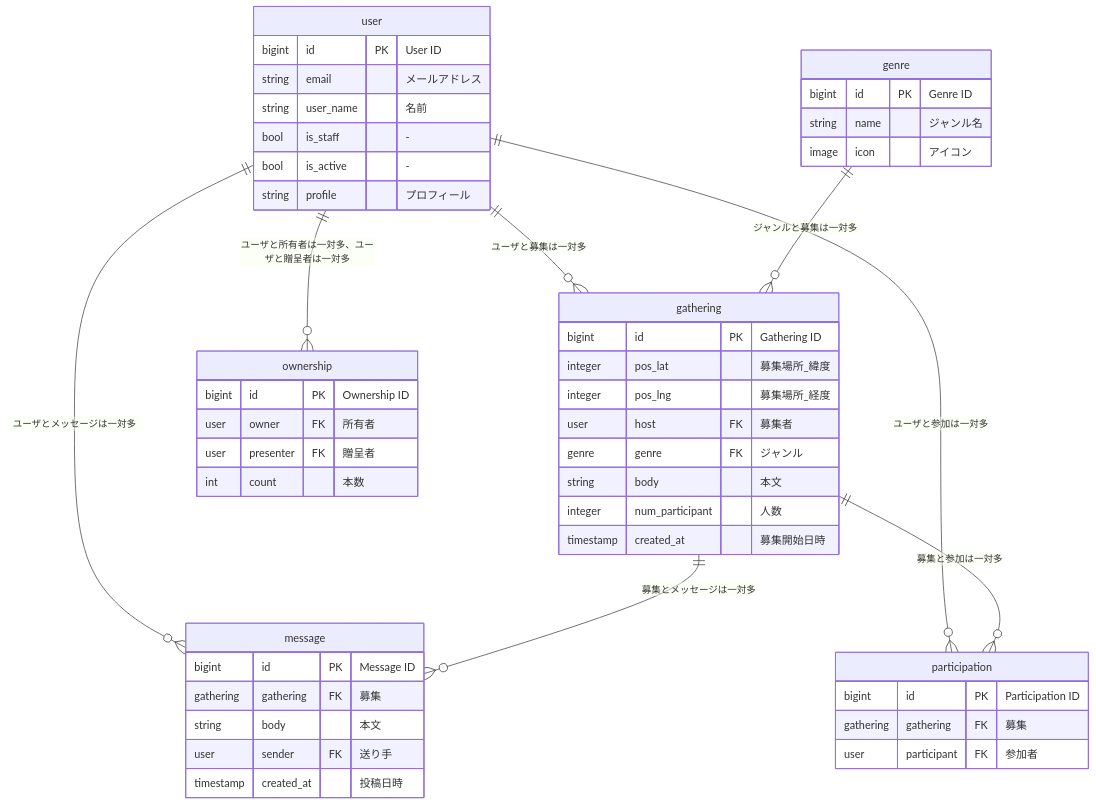
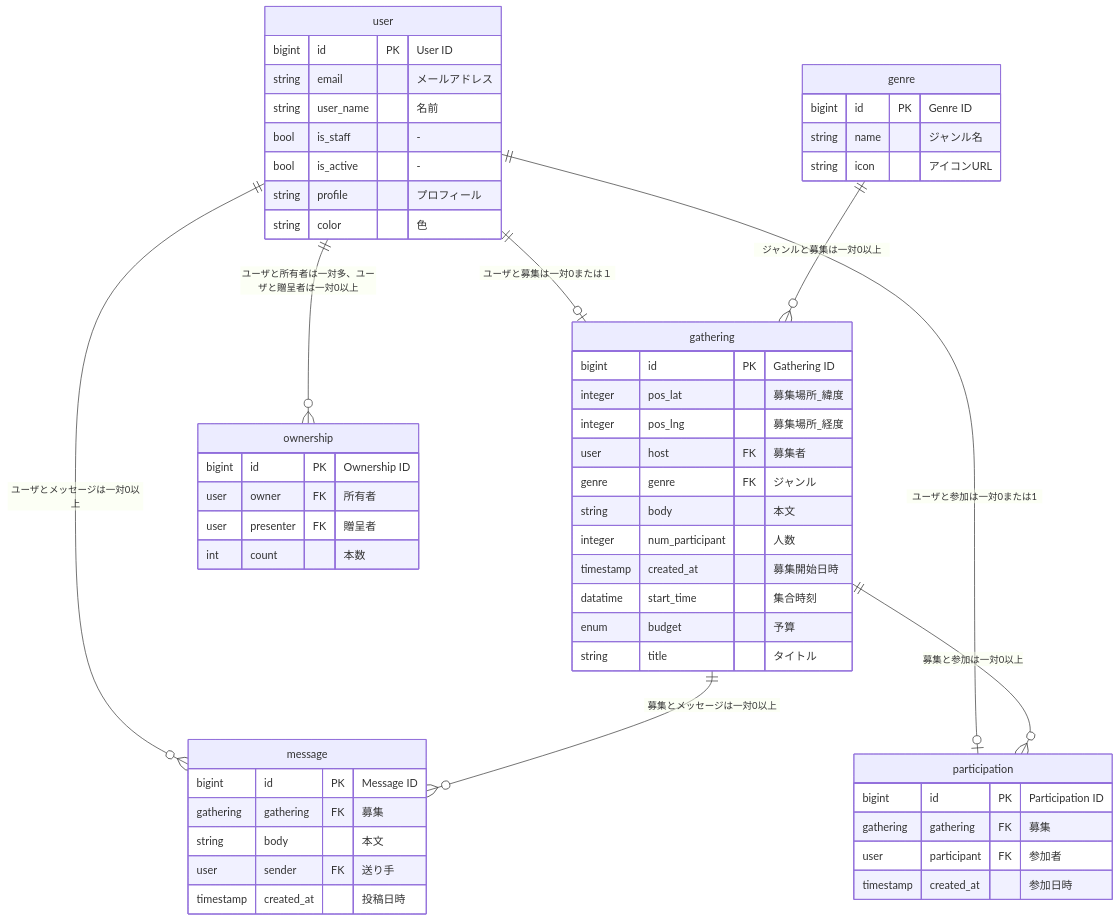
Before and after one commit to team-yurubo/yuruboo: the diagram in README.md, drawn with Mermaid.

Commit message:
Change ER diagram

````diff
--- a/README.md
+++ b/README.md
@@ -5,57 +5,62 @@
 ```mermaid
 erDiagram
-  user ||--o{ gathering : "ユーザと募集は一対多"
-  user ||--o{ message : "ユーザとメッセージは一対多"
-  user ||--o{ participation : "ユーザと参加は一対多"
-  user ||--o{ ownership : "ユーザと所有者は一対多、ユーザと贈呈者は一対多"
-  genre ||--o{ gathering : "ジャンルと募集は一対多"
-  gathering ||--o{ message : "募集とメッセージは一対多"
-  gathering ||--o{ participation : "募集と参加は一対多"
+  user ||--o| gathering : "ユーザと募集は一対0または１"
+  user ||--o{ message : "ユーザとメッセージは一対0以上"
+  user ||--o| participation : "ユーザと参加は一対0または1"
+  user ||--o{ ownership : "ユーザと所有者は一対多、ユーザと贈呈者は一対0以上"
+  genre ||--o{ gathering : "ジャンルと募集は一対0以上"
+  gathering ||--o{ message : "募集とメッセージは一対0以上"
+  gathering ||--o{ participation : "募集と参加は一対0以上"
   
   user {
     bigint id PK "User ID"
     string email "メールアドレス"
     string user_name "名前"
     bool is_staff "-"
     bool is_active "-"
     string profile "プロフィール"
+    string color "色"
   }
 
   genre {
     bigint id PK "Genre ID"
     string name "ジャンル名"
-    image icon "アイコン"
+    string icon "アイコンURL"
   }
 
   gathering {
     bigint id PK "Gathering ID"
     integer pos_lat "募集場所_緯度"
     integer pos_lng "募集場所_経度"
     user host FK "募集者"
     genre genre FK "ジャンル"
     string body "本文"
     integer num_participant "人数"
     timestamp created_at "募集開始日時"
+    datatime start_time "集合時刻"
+    enum budget "予算"
+    string title "タイトル"
   }
 
   message {
     bigint id PK "Message ID"
     gathering gathering FK "募集"
     string body "本文"
     user sender FK "送り手"
     timestamp created_at "投稿日時"
   }
 
   participation {
     bigint id PK "Participation ID"
     gathering gathering FK "募集"
     user participant FK "参加者"
+    timestamp created_at "参加日時"
   }
 
   ownership {
     bigint id PK "Ownership ID"
     user owner FK "所有者"
     user presenter FK "贈呈者"
     int count "本数"
   }
 ```
````
